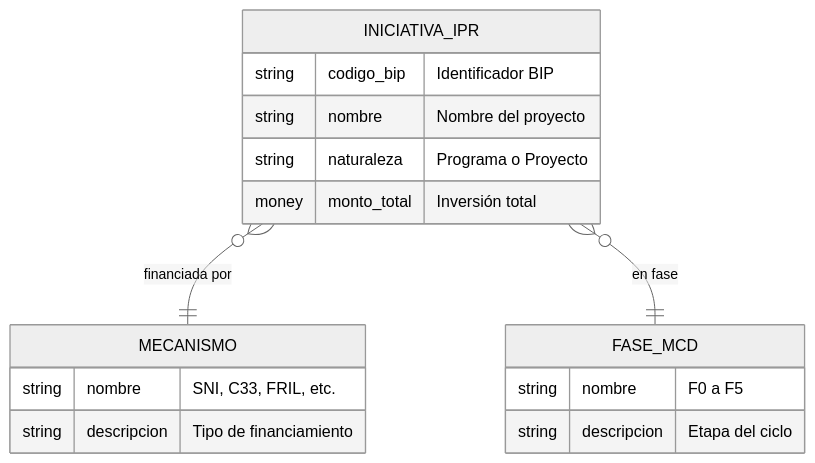
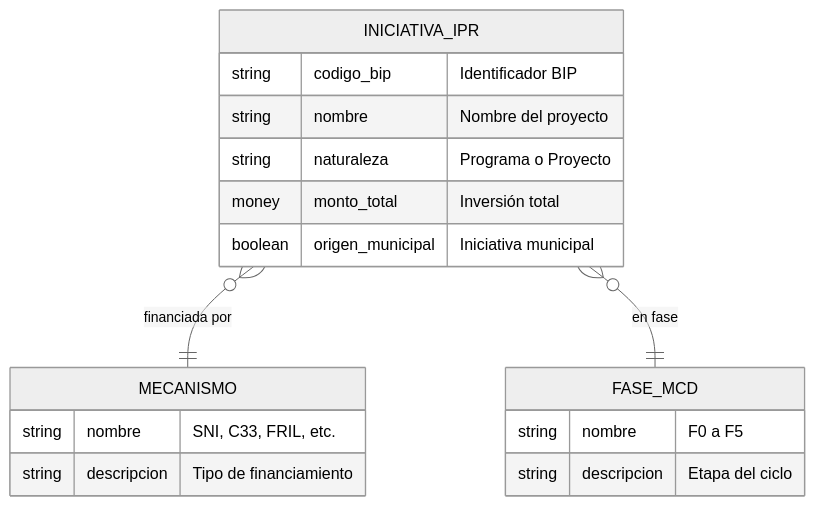
The third of 9 diagrams in model/model_goreos/docs/GOREOS_CONCEPTUAL_MODEL.md (felix-antonio-sl/gore_os), drawn with Mermaid (neutral theme) before and after one commit. The commit also changed other lines of this file and 2334 other files, not shown here.

````diff
--- a/model/model_goreos/docs/GOREOS_CONCEPTUAL_MODEL.md
+++ b/model/model_goreos/docs/GOREOS_CONCEPTUAL_MODEL.md
@@ -77,22 +82,23 @@
 ```mermaid
 erDiagram
     INICIATIVA_IPR {
         string codigo_bip "Identificador BIP"
         string nombre "Nombre del proyecto"
         string naturaleza "Programa o Proyecto"
         money monto_total "Inversión total"
+        boolean origen_municipal "Iniciativa municipal"
     }
 
     MECANISMO {
         string nombre "SNI, C33, FRIL, etc."
         string descripcion "Tipo de financiamiento"
     }
 
     FASE_MCD {
         string nombre "F0 a F5"
         string descripcion "Etapa del ciclo"
     }
 
     INICIATIVA_IPR }o--|| MECANISMO : "financiada por"
     INICIATIVA_IPR }o--|| FASE_MCD : "en fase"
 ```
````
